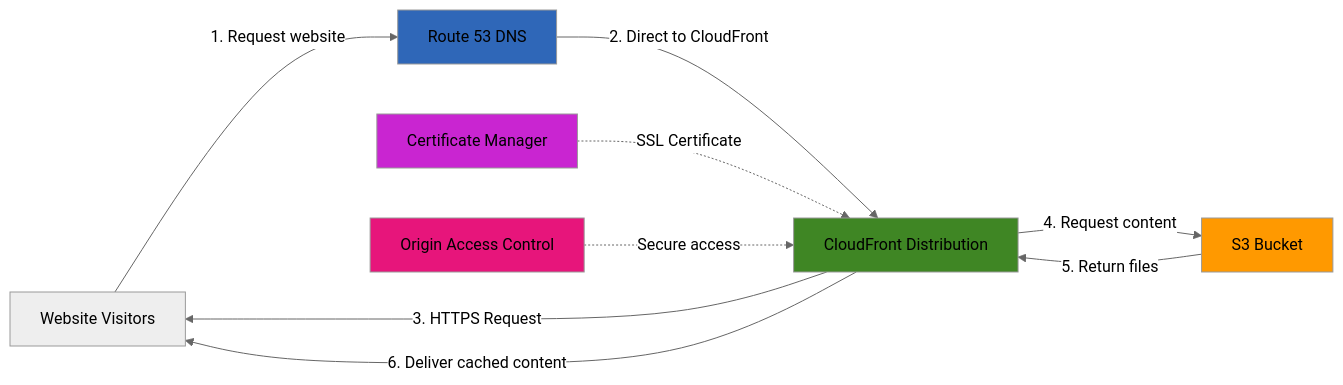
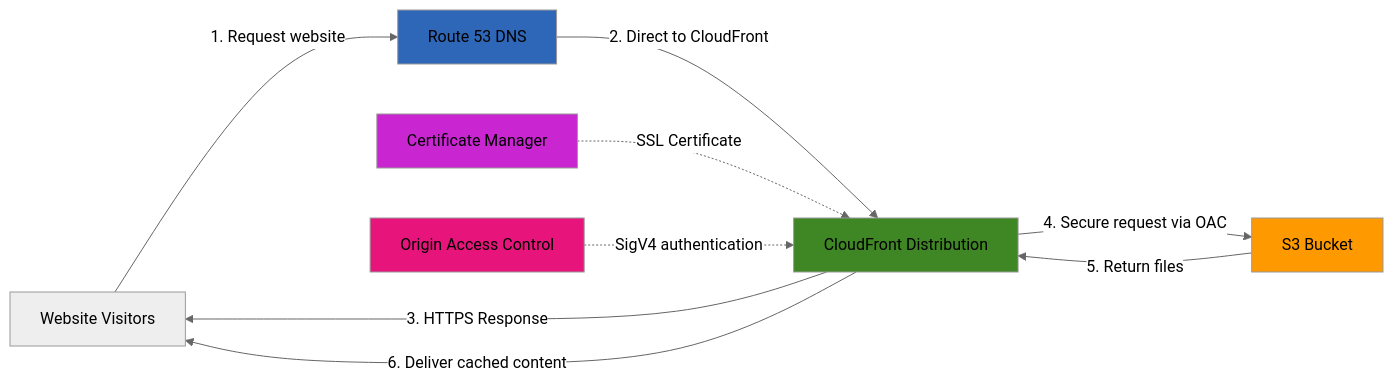
Before and after one commit to mzazon/awesome-cloud-projects: the diagram in aws/serving-static-content-s3/serving-static-content-s3.md, drawn with Mermaid (neutral theme). The commit also changed other lines of this file and 5581 other files, not shown here.

````diff
--- a/aws/serving-static-content-s3/serving-static-content-s3.md
+++ b/aws/serving-static-content-s3/serving-static-content-s3.md
@@ -28,24 +30,24 @@
 ```mermaid
 graph LR
     USER[Website Visitors]
     DNS[Route 53 DNS]
     CDN[CloudFront Distribution]
     CERT[Certificate Manager]
     BUCKET[S3 Bucket]
     OAC[Origin Access Control]
     
     USER -->|1. Request website| DNS
     DNS -->|2. Direct to CloudFront| CDN
-    CDN -->|3. HTTPS Request| USER
+    CDN -->|3. HTTPS Response| USER
     CERT -.->|SSL Certificate| CDN
-    CDN -->|4. Request content| BUCKET
-    OAC -.->|Secure access| CDN
+    CDN -->|4. Secure request via OAC| BUCKET
+    OAC -.->|SigV4 authentication| CDN
     BUCKET -->|5. Return files| CDN
     CDN -->|6. Deliver cached content| USER
     
     style BUCKET fill:#FF9900
     style CDN fill:#3F8624
     style DNS fill:#2F67B8
     style CERT fill:#C925D1
     style OAC fill:#E7157B
 ```
````
